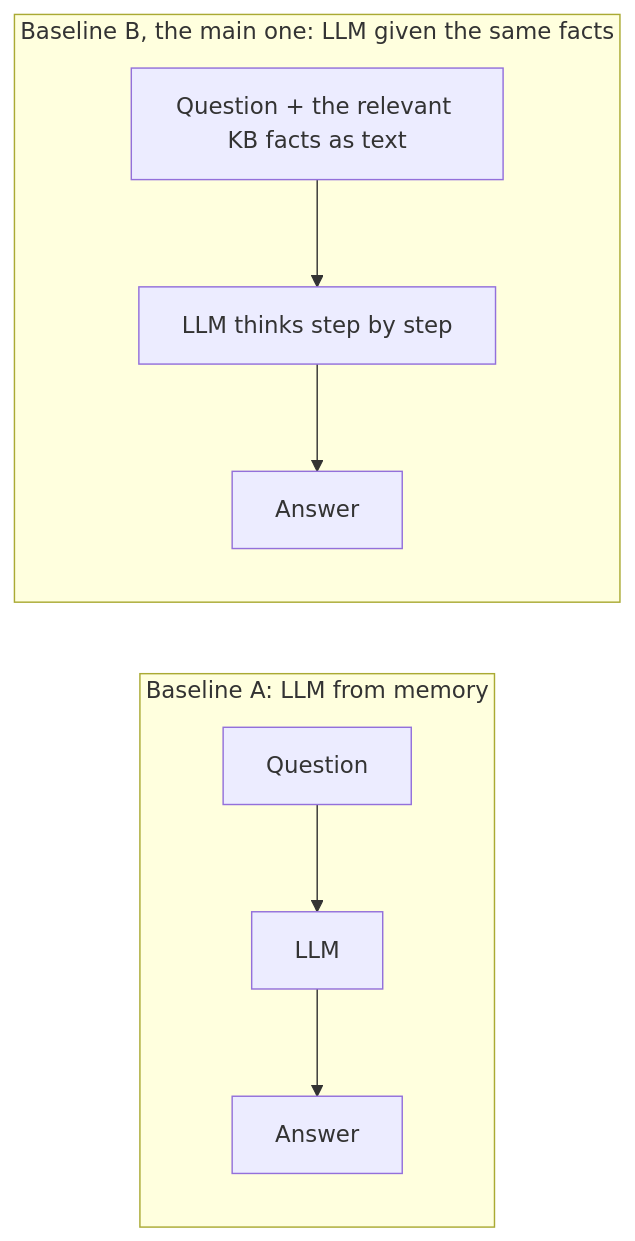
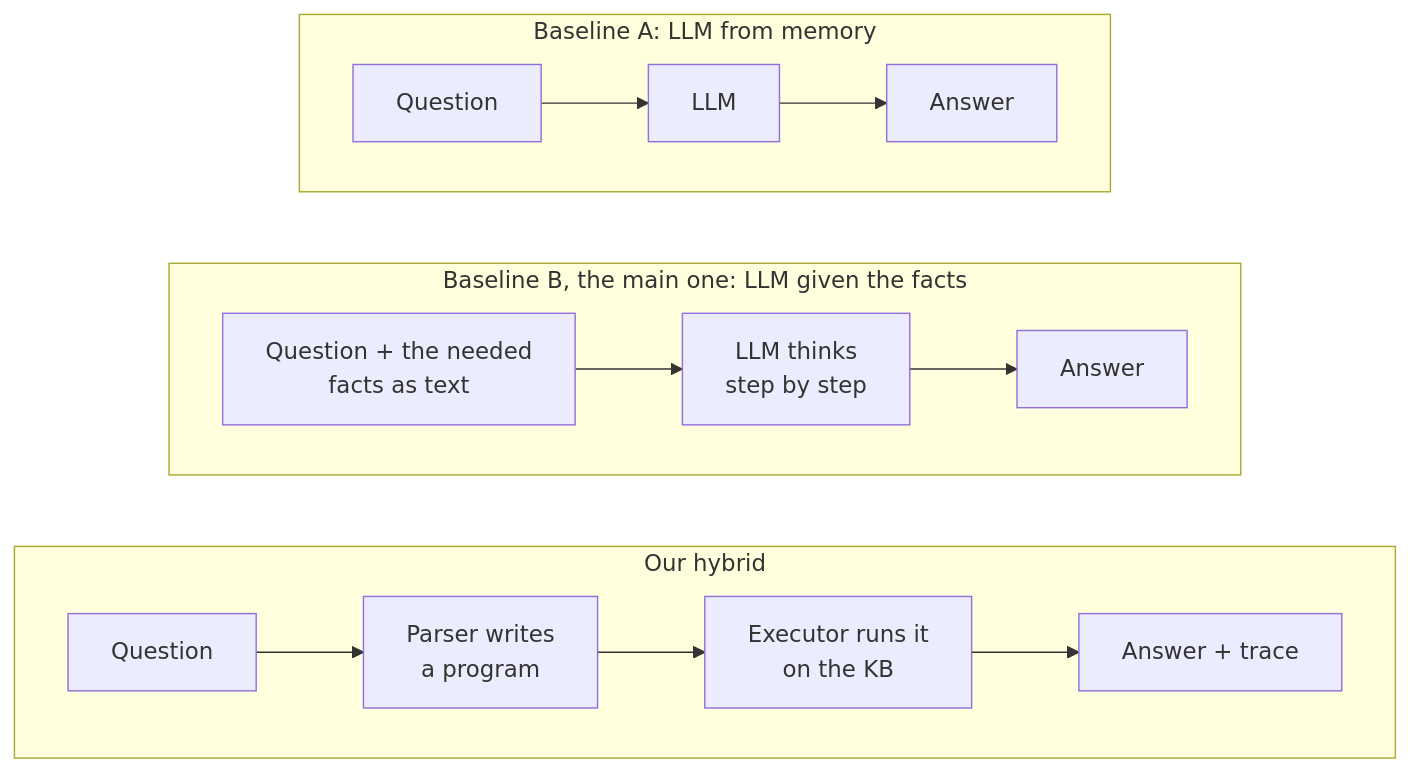
Before and after one commit to KalWardin-Dronzer/Neuro-Symbolic_reasoning: the fourth of 5 diagrams in docs/01-problem-explained.md, drawn with Mermaid. The commit also changed other lines of this file and 1 other file, not shown here.

````diff
--- a/docs/01-problem-explained.md
+++ b/docs/01-problem-explained.md
@@ -146,9 +229,16 @@
 ```mermaid
-flowchart LR
+flowchart TB
     subgraph A["Baseline A: LLM from memory"]
+        direction LR
         qa["Question"] --> la["LLM"] --> aa["Answer"]
     end
-    subgraph B["Baseline B, the main one: LLM given the same facts"]
-        qb["Question + the relevant KB facts as text"] --> lb["LLM thinks step by step"] --> ab["Answer"]
+    subgraph B["Baseline B, the main one: LLM given the facts"]
+        direction LR
+        qb["Question + the needed<br/>facts as text"] --> lb["LLM thinks<br/>step by step"] --> ab["Answer"]
     end
+    subgraph H["Our hybrid"]
+        direction LR
+        qh["Question"] --> ph["Parser writes<br/>a program"] --> eh["Executor runs it<br/>on the KB"] --> ah["Answer + trace"]
+    end
+    A ~~~ B ~~~ H
 ```
````
